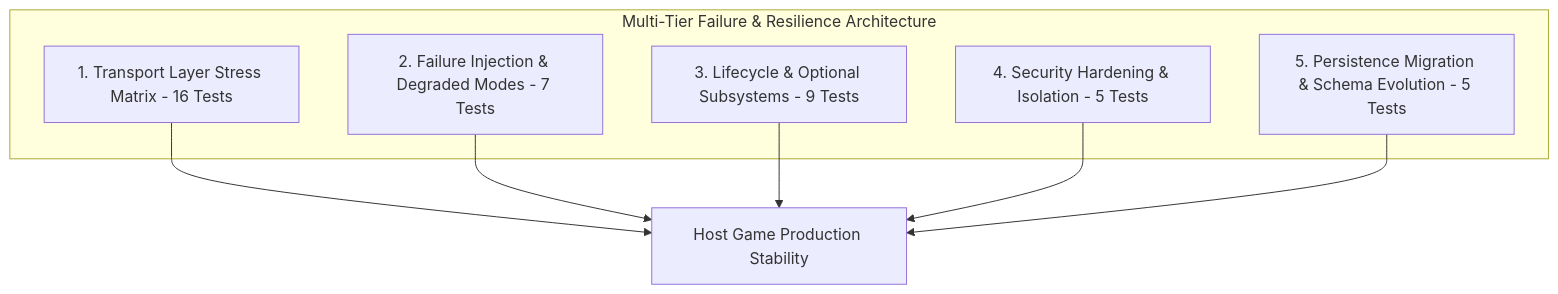
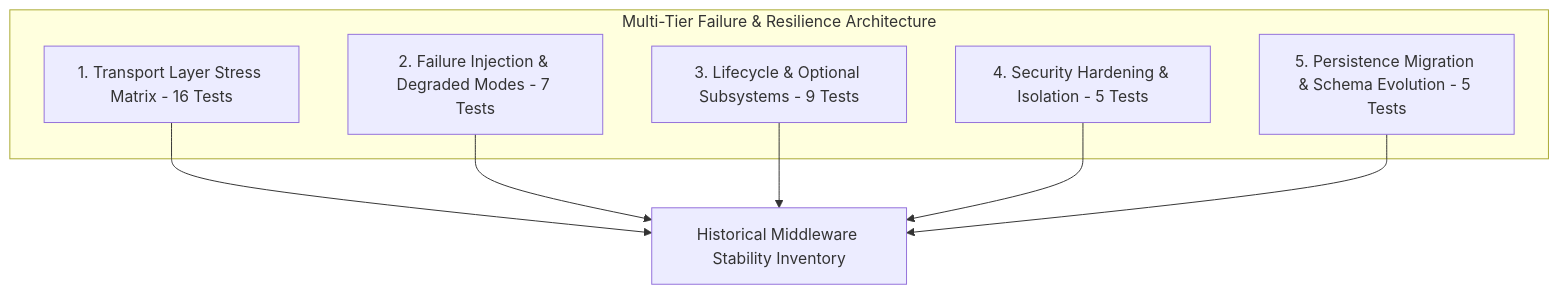
Before and after one commit to drizjet/fear-ai-sim: the diagram in fear-ai-sim/docs/FAILURE_AND_LIFECYCLE_MATRIX.md, drawn with Mermaid. The commit also changed other lines of this file and 7 other files, not shown here.

````diff
--- a/fear-ai-sim/docs/FAILURE_AND_LIFECYCLE_MATRIX.md
+++ b/fear-ai-sim/docs/FAILURE_AND_LIFECYCLE_MATRIX.md
@@ -20,16 +21,16 @@
 ```mermaid
 graph TD
     subgraph Multi-Tier Failure & Resilience Architecture
         T1["1. Transport Layer Stress Matrix - 16 Tests"]
         T2["2. Failure Injection & Degraded Modes - 7 Tests"]
         T3["3. Lifecycle & Optional Subsystems - 9 Tests"]
         T4["4. Security Hardening & Isolation - 5 Tests"]
         T5["5. Persistence Migration & Schema Evolution - 5 Tests"]
     end
 
-    T1 --> STABILITY[Host Game Production Stability]
+    T1 --> STABILITY[Historical Middleware Stability Inventory]
     T2 --> STABILITY
     T3 --> STABILITY
     T4 --> STABILITY
     T5 --> STABILITY
 ```
````
